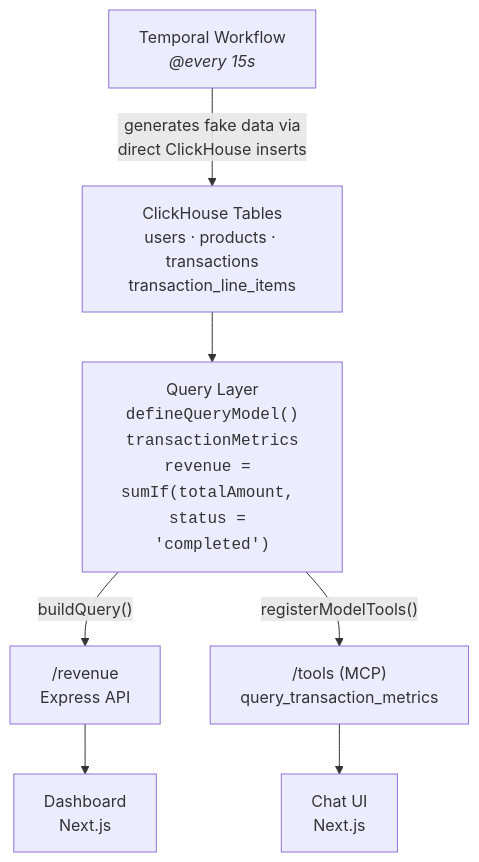
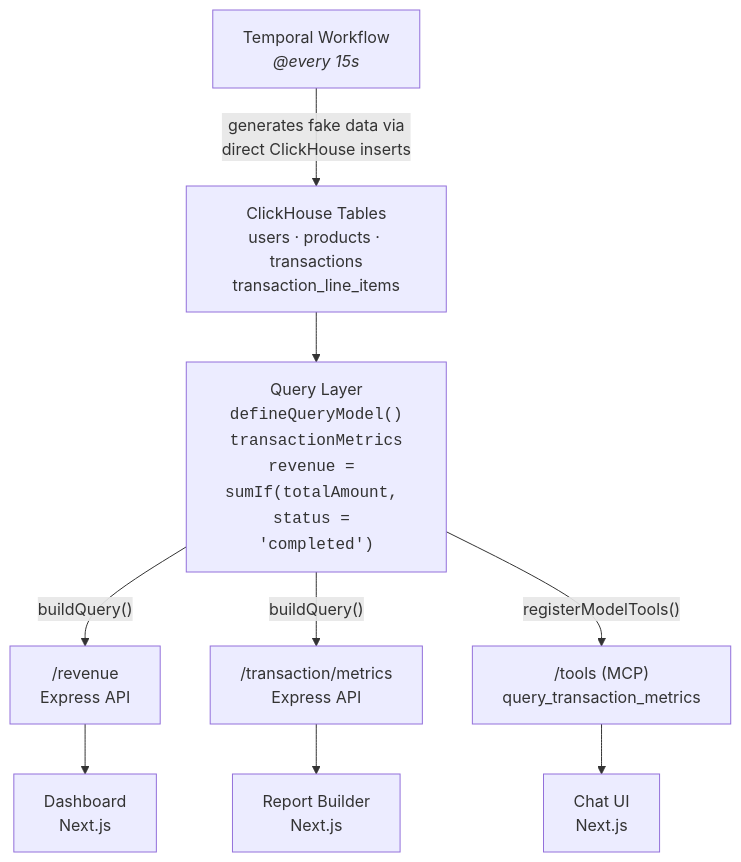
One commit to 514-labs/financial-query-layer-demo changed the diagram in README.md. Above: the diagram before and after it, drawn with Mermaid. The commit also changed other lines of this file and 18 other files, not shown here.

First line of the commit message:
add report builder with dynamic schema from query model

````diff
--- a/README.md
+++ b/README.md
@@ -77,16 +80,18 @@
 ```mermaid
 graph TD
     W["Temporal Workflow<br/><i>@every 15s</i>"]
     W -->|"generates fake data via<br/>direct ClickHouse inserts"| CH
 
     CH["ClickHouse Tables<br/>users · products · transactions<br/>transaction_line_items"]
     CH --> QL
 
     QL["Query Layer<br/><code>defineQueryModel()</code><br/><code>transactionMetrics</code><br/><code>revenue = sumIf(totalAmount, status = 'completed')</code>"]
 
     QL -->|"buildQuery()"| REV["/revenue<br/>Express API"]
+    QL -->|"buildQuery()"| TXN["/transaction/metrics<br/>Express API"]
     QL -->|"registerModelTools()"| MCP["/tools (MCP)<br/>query_transaction_metrics"]
 
     REV --> DASH["Dashboard<br/>Next.js"]
+    TXN --> BUILDER["Report Builder<br/>Next.js"]
     MCP --> CHAT["Chat UI<br/>Next.js"]
 ```
````
